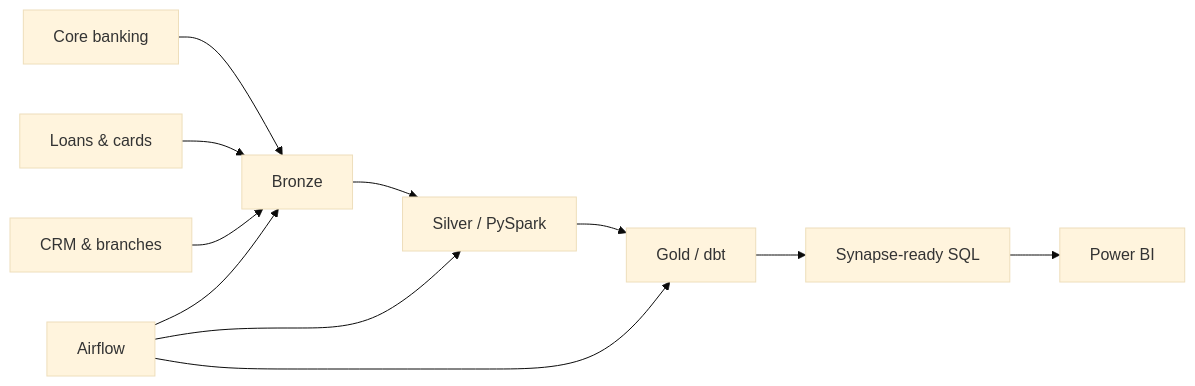
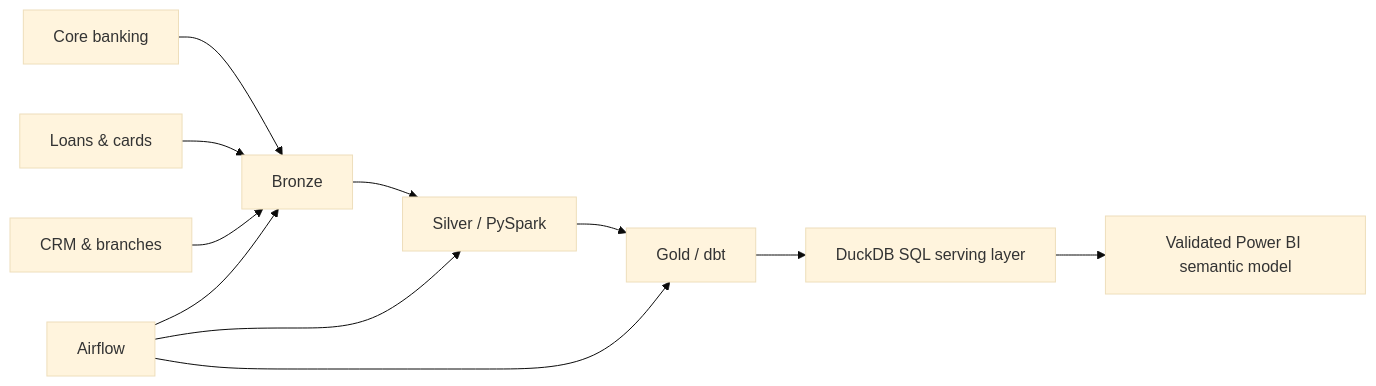
The diagram in README.md (Janakiram10/FinTrust-Banking-Intelligence), drawn with Mermaid (base theme) before and after one commit. The commit also changed other lines of this file and 43 other files, not shown here.

Commit message:
Add validated local Tier-3 lakehouse analytics layer

````diff
--- a/README.md
+++ b/README.md
@@ -13,13 +13,13 @@
 ```mermaid
 flowchart LR
   A[Core banking] --> B[Bronze]
   C[Loans & cards] --> B
   D[CRM & branches] --> B
   B --> E[Silver / PySpark]
   E --> F[Gold / dbt]
-  F --> G[Synapse-ready SQL]
-  G --> H[Power BI]
+  F --> G[DuckDB SQL serving layer]
+  G --> H[Validated Power BI semantic model]
   I[Airflow] --> B
   I --> E
   I --> F
 ```
````
